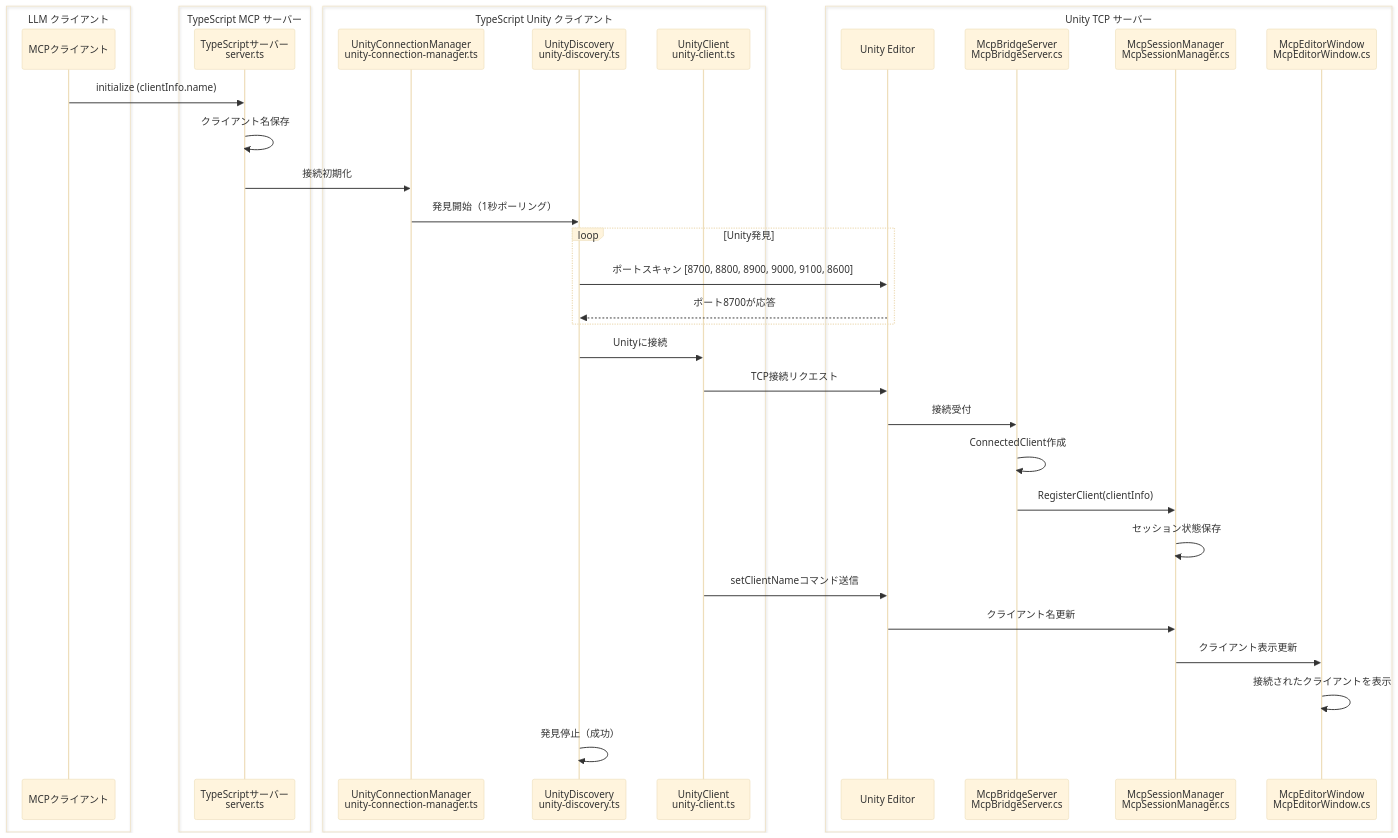
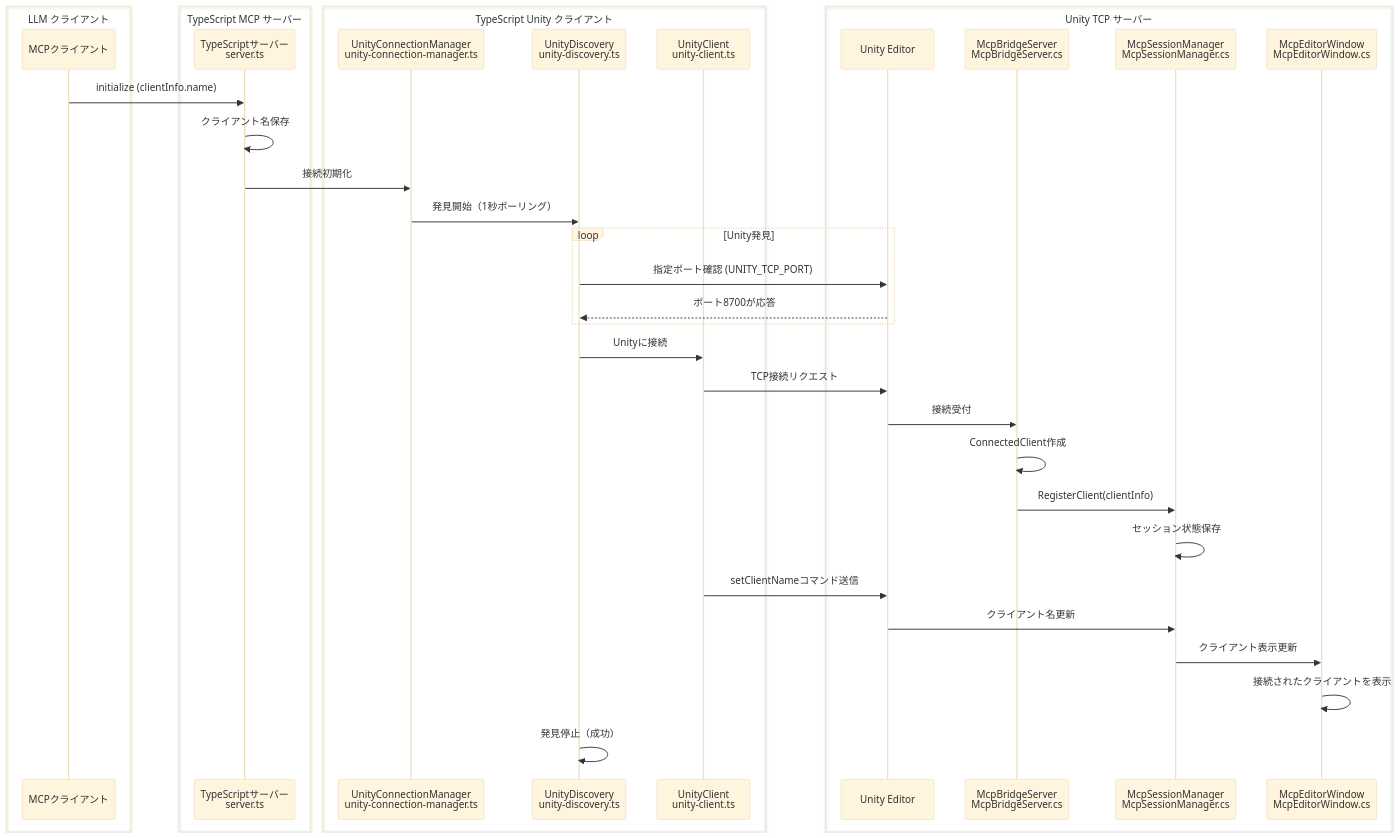
Before and after one commit to hatayama/uLoopMCP: the ninth of 16 diagrams in Packages/src/ARCHITECTURE_ja.md, drawn with Mermaid (base theme). The commit also changed other lines of this file and 3 other files, not shown here.

First line of the commit message:
refactor: optimize Unity discovery to use single specified port

````diff
--- a/Packages/src/ARCHITECTURE_ja.md
+++ b/Packages/src/ARCHITECTURE_ja.md
@@ -822,47 +822,47 @@
 ```mermaid
 sequenceDiagram
     box LLM クライアント
     participant MCP as MCPクライアント
     end
     
     box TypeScript MCP サーバー
     participant TS as TypeScriptサーバー<br/>server.ts
     end
     
     box TypeScript Unity クライアント
     participant UCM as UnityConnectionManager<br/>unity-connection-manager.ts
     participant UD as UnityDiscovery<br/>unity-discovery.ts
     participant UC as UnityClient<br/>unity-client.ts
     end
     
     box Unity TCP サーバー
     participant Unity as Unity Editor
     participant MB as McpBridgeServer<br/>McpBridgeServer.cs
     participant SM as McpSessionManager<br/>McpSessionManager.cs
     participant UI as McpEditorWindow<br/>McpEditorWindow.cs
     end
     
     MCP->>TS: initialize (clientInfo.name)
     TS->>TS: クライアント名保存
     TS->>UCM: 接続初期化
     UCM->>UD: 発見開始（1秒ポーリング）
     
     loop Unity発見
-        UD->>Unity: ポートスキャン [8700, 8800, 8900, 9000, 9100, 8600]
+        UD->>Unity: 指定ポート確認 (UNITY_TCP_PORT)
         Unity-->>UD: ポート8700が応答
     end
     
     UD->>UC: Unityに接続
     UC->>Unity: TCP接続リクエスト
     Unity->>MB: 接続受付
     MB->>MB: ConnectedClient作成
     MB->>SM: RegisterClient(clientInfo)
     SM->>SM: セッション状態保存
     
     UC->>Unity: setClientNameコマンド送信
     Unity->>SM: クライアント名更新
     SM->>UI: クライアント表示更新
     UI->>UI: 接続されたクライアントを表示
     
     UD->>UD: 発見停止（成功）
 ```
````
